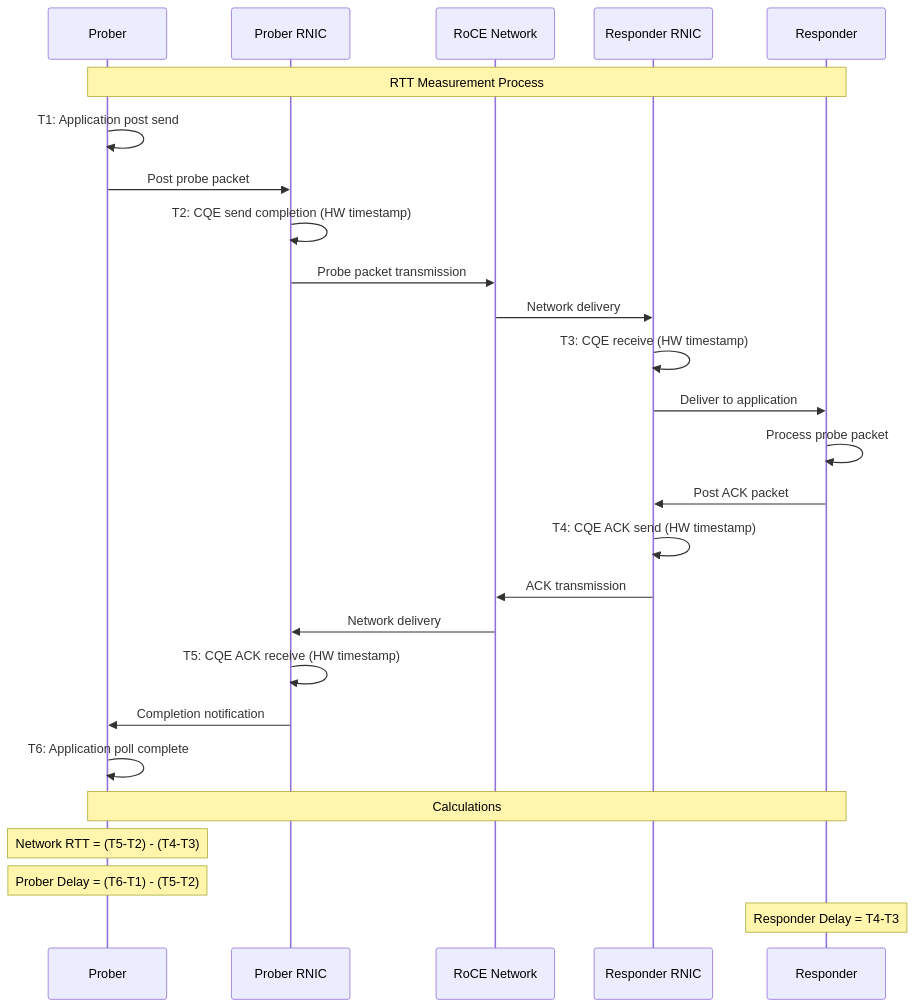
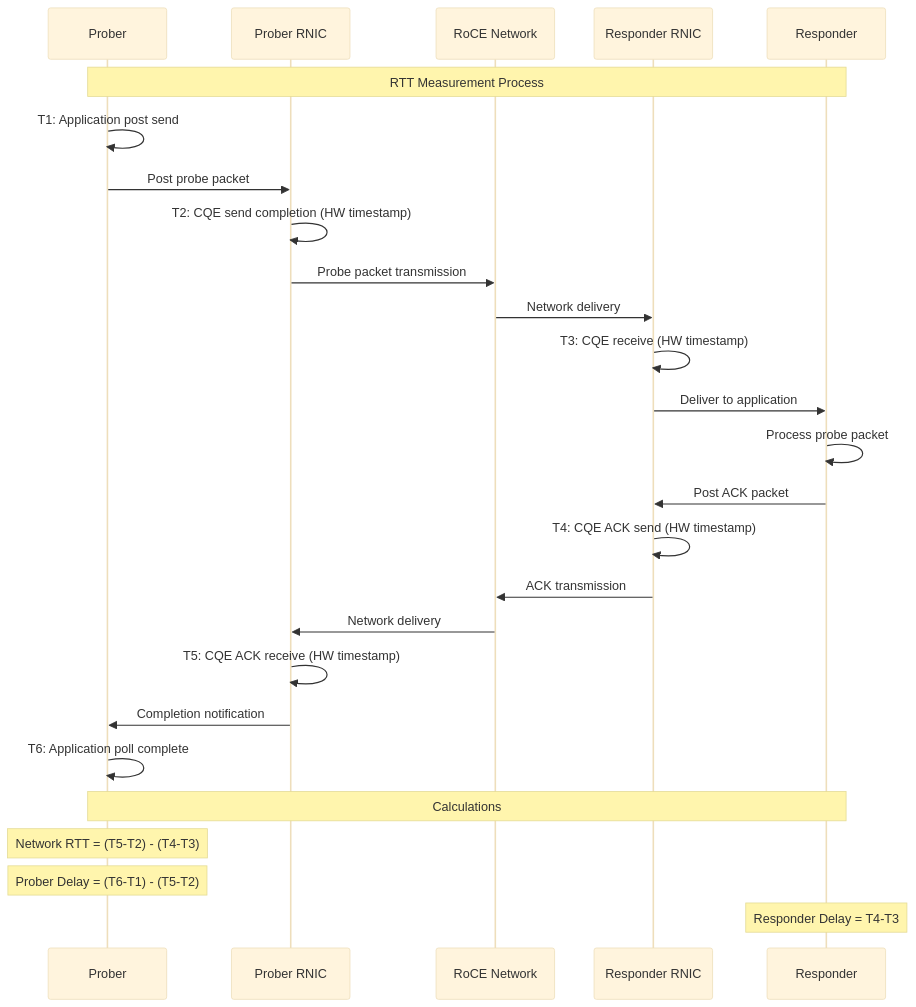
One commit to yuuki/rpingmesh changed the first of 3 diagrams in README.md. Above: the diagram before and after it, drawn with Mermaid. The commit also changed other lines of this file, not shown here.

Commit message:
docs: update README.md with enhanced architecture diagrams and improved styling for R-Pingmesh components

````diff
--- a/README.md
+++ b/README.md
@@ -28,31 +28,32 @@
 ```mermaid
+%%{init: {'theme':'base', 'themeVariables': {'primaryTextColor':'#333333', 'fontSize':'14px'}}}%%
 sequenceDiagram
     participant P as Prober
     participant PN as Prober RNIC
     participant N as RoCE Network
     participant RN as Responder RNIC
     participant R as Responder
 
     Note over P,R: RTT Measurement Process
 
     P->>P: T1: Application post send
     P->>PN: Post probe packet
     PN->>PN: T2: CQE send completion (HW timestamp)
     PN->>N: Probe packet transmission
     N->>RN: Network delivery
     RN->>RN: T3: CQE receive (HW timestamp)
     RN->>R: Deliver to application
     R->>R: Process probe packet
     R->>RN: Post ACK packet
     RN->>RN: T4: CQE ACK send (HW timestamp)
     RN->>N: ACK transmission
     N->>PN: Network delivery
     PN->>PN: T5: CQE ACK receive (HW timestamp)
     PN->>P: Completion notification
     P->>P: T6: Application poll complete
 
     Note over P,R: Calculations
     Note over P: Network RTT = (T5-T2) - (T4-T3)
     Note over P: Prober Delay = (T6-T1) - (T5-T2)
     Note over R: Responder Delay = T4-T3
 ```
````
